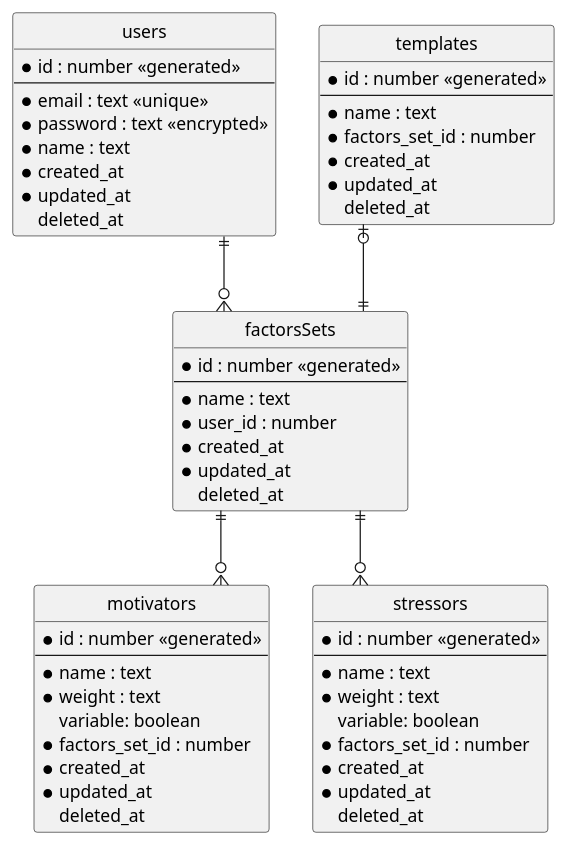
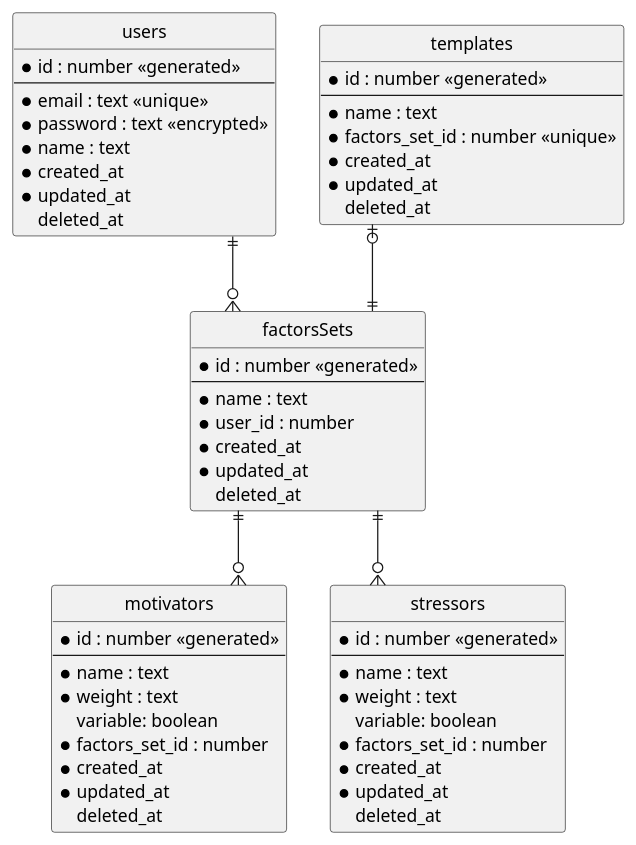
Before and after one commit to tomo114883/docker-nestjs: the diagram in ER.plantuml, drawn with PlantUML. The commit also changed 8 other files, not shown here.

Commit message:
feat: modify the db schema for the template

```diff
--- a/ER.plantuml
+++ b/ER.plantuml
@@ -1,68 +1,68 @@
 @startuml yonde
 
 ' hide the spot
 hide circle
 ' avoid problems with angled crows feet
 skinparam linetype ortho
 
 entity users {
   * id : number <<generated>>
   --
   * email : text <<unique>>
   * password : text <<encrypted>>
   * name : text
   * created_at
   * updated_at
     deleted_at
 }
 
 entity factorsSets {
   * id : number <<generated>>
   --
   * name : text
   * user_id : number
   * created_at
   * updated_at
     deleted_at
 }
 
 entity motivators {
   * id : number <<generated>>
   --
   * name : text
   * weight : text
     variable: boolean
   * factors_set_id : number
   * created_at
   * updated_at
     deleted_at
 }
 
 entity stressors {
   * id : number <<generated>>
   --
   * name : text
   * weight : text
     variable: boolean
   * factors_set_id : number
   * created_at
   * updated_at
     deleted_at
 }
 
 entity templates {
   * id : number <<generated>>
   --
   * name : text
-  * factors_set_id : number
+  * factors_set_id : number <<unique>>
   * created_at
   * updated_at
     deleted_at
 }
 
 users ||--o{ factorsSets
 factorsSets ||--o{ motivators
 factorsSets ||--o{ stressors
 templates |o--|| factorsSets
 
 @enduml
```
